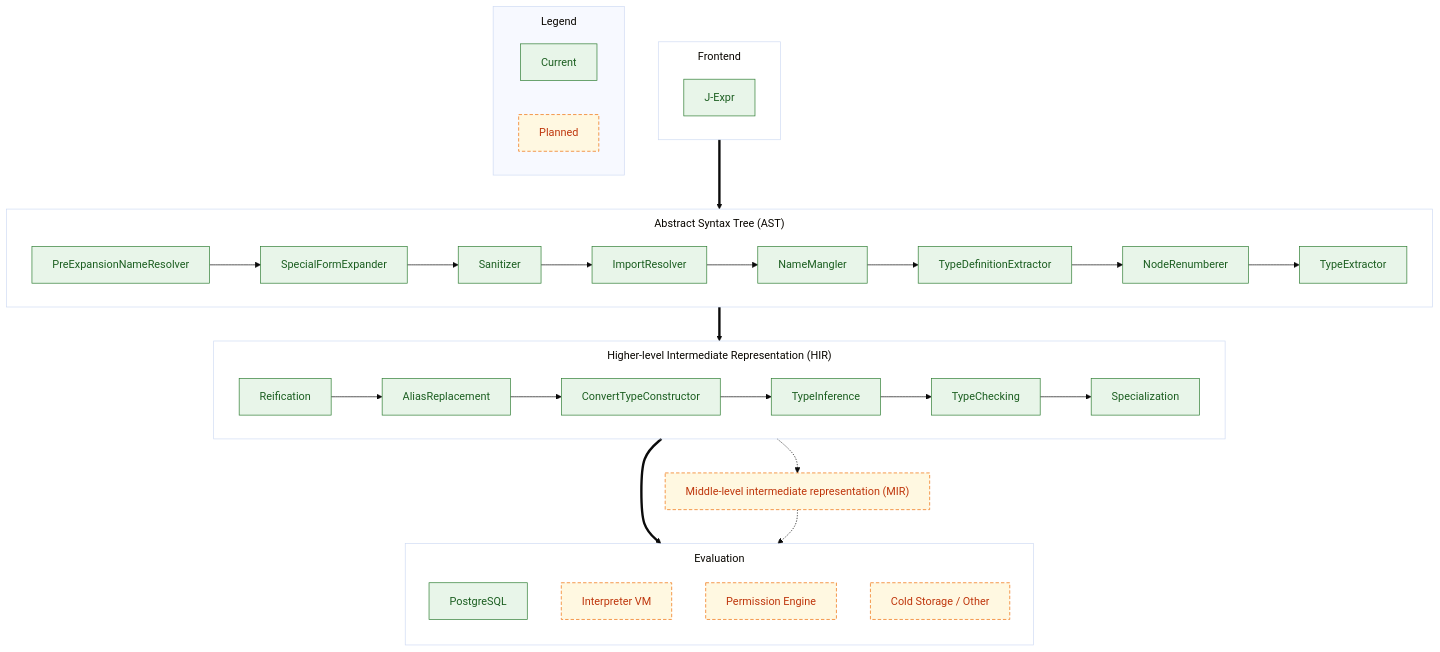
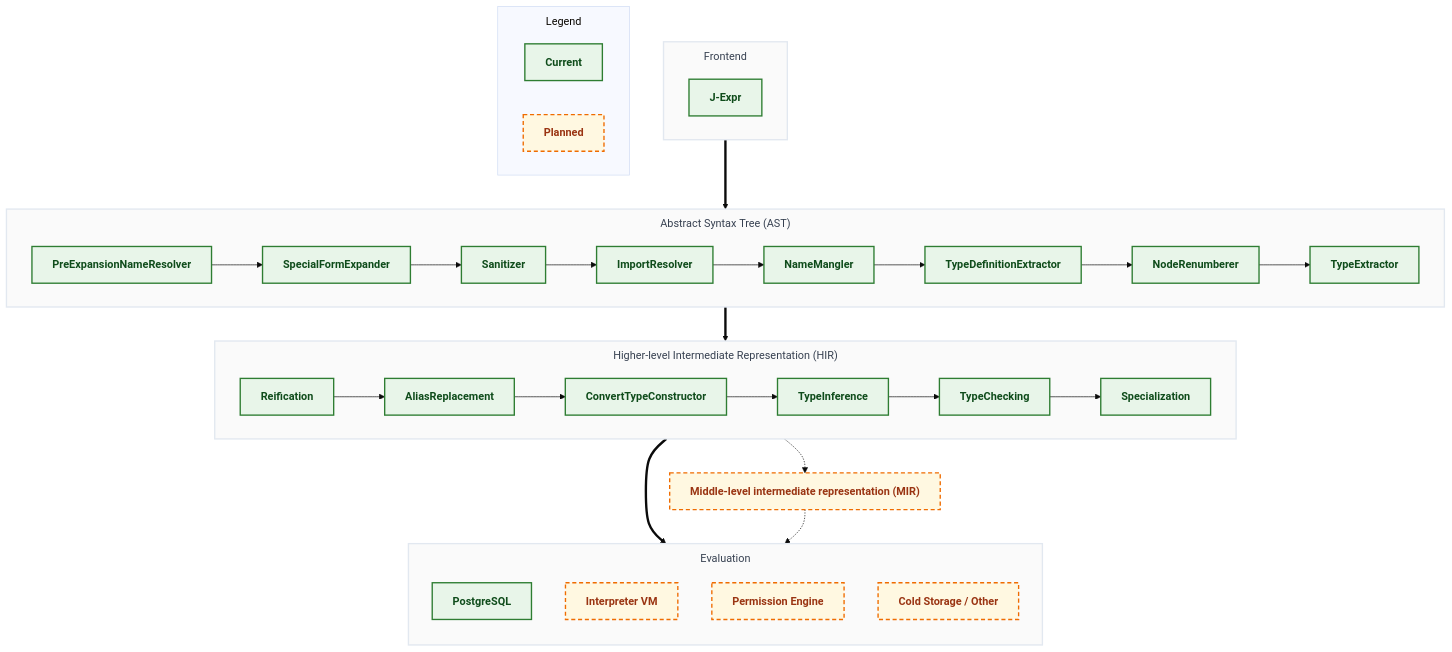
Before and after one commit to hashintel/hash: the diagram in libs/@local/hashql/README.md, drawn with Mermaid (base theme).

Commit message:
chore: more pronounced styling

````diff
--- a/libs/@local/hashql/README.md
+++ b/libs/@local/hashql/README.md
@@ -18,78 +18,78 @@
 ```mermaid
 ---
 config:
   flowchart:
     subGraphTitleMargin:
       top: 10
       bottom: 10
 ---
 flowchart TB
   %% ---------- Nodes ----------
   subgraph FE[Frontend]
     J[J‑Expr]:::current
   end
 
   subgraph AST["Abstract&nbsp;Syntax&nbsp;Tree&nbsp;(AST)"]
     direction LR
 
     A1[PreExpansionNameResolver]
     A2[SpecialFormExpander]
     A3[Sanitizer]
     A4[ImportResolver]
     A5[NameMangler]
     A6[TypeDefinitionExtractor]
     A7[NodeRenumberer]
     A8[TypeExtractor]
 
     A1 --> A2 --> A3 --> A4 --> A5 --> A6 --> A7 --> A8
   end
 
   subgraph HIR["Higher‑level&nbsp;Intermediate&nbsp;Representation&nbsp;(HIR)"]
     direction LR
 
     H1[Reification]
     H2[AliasReplacement]
     H3[ConvertTypeConstructor]
     H4[TypeInference]
     H5[TypeChecking]
     H6[Specialization]
 
     H1 --> H2 --> H3 --> H4 --> H5 --> H6
   end
 
   %% Current and planned evaluation backends
   subgraph EVAL[Evaluation]
     direction TB
 
     E1["PostgreSQL"]:::current
     E2["Interpreter VM"]:::planned
     E3["Permission Engine"]:::planned
     E4["Cold Storage / Other"]:::planned
   end
 
   MIR["Middle‑level&nbsp;intermediate&nbsp;representation&nbsp;(MIR)"]:::planned
 
   %% ---------- Edges ----------
   FE ==> AST
   AST ==> HIR
 
   %% Current path
   HIR ==> E1
 
   %% Planned path via MIR
   HIR -.-> MIR
   MIR -.-> EVAL
 
   %% ---------- Legend ----------
   subgraph Legend
     L1[Current]:::current
     L2[Planned]:::planned
   end
 
   %% ---------- Styles ----------
-  classDef current fill:#e8f5e9,stroke:#2e7d32,color:#1b5e20,stroke-width:1px;
-  classDef planned fill:#fff8e1,stroke:#ef6c00,color:#bf360c,stroke-dasharray:5 3,stroke-width:1px;
-  classDef groups fill:none;
+  classDef current fill:#e8f5e9,stroke:#2e7d32,color:#0f4c1b,stroke-width:2px,font-weight:600;
+  classDef planned fill:#fff8e1,stroke:#ef6c00,color:#9a3412,stroke-dasharray:6 4,stroke-width:2px,font-weight:600;
+  classDef groups fill:#fafafa,stroke:#e2e8f0,stroke-width:2px,color:#374151;
   class FE,AST,HIR,EVAL groups;
   class A1,A2,A3,A4,A5,A6,A7,A8,H1,H2,H3,H4,H5,H6 current;
 ```
````
